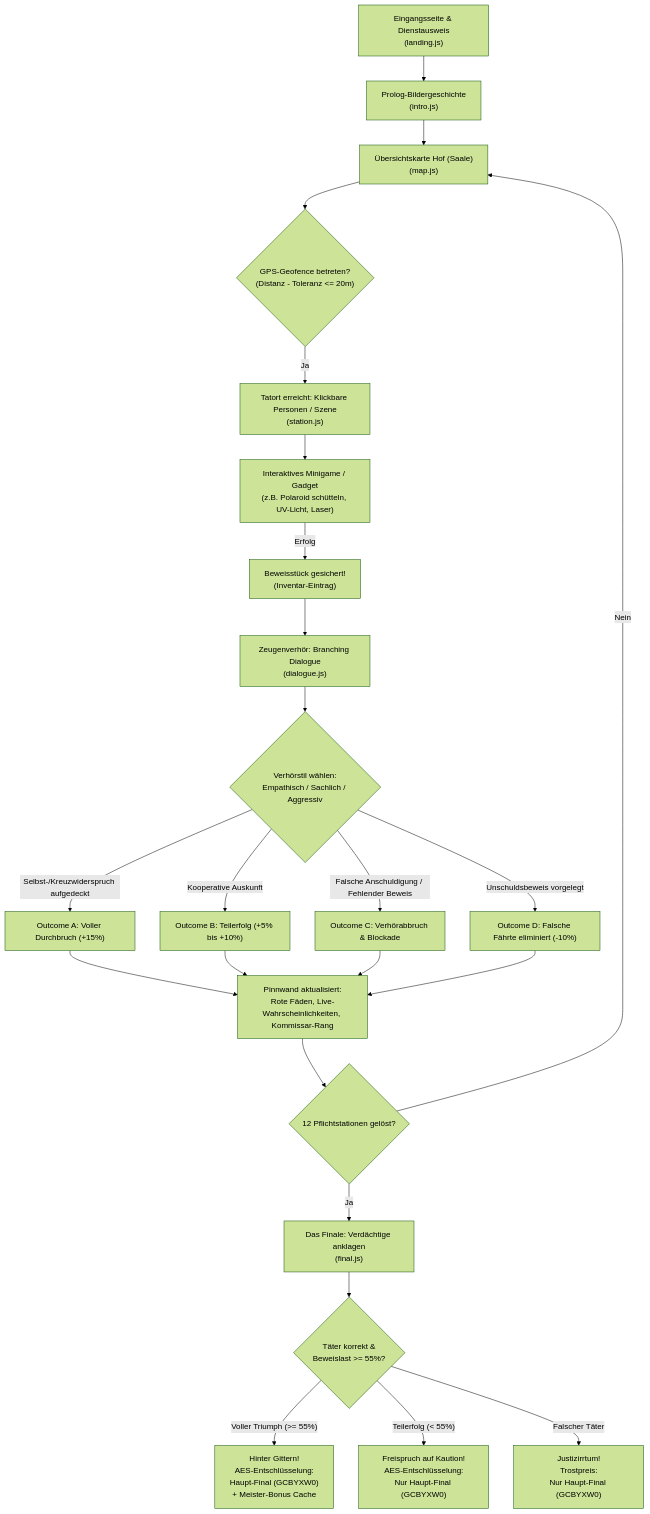
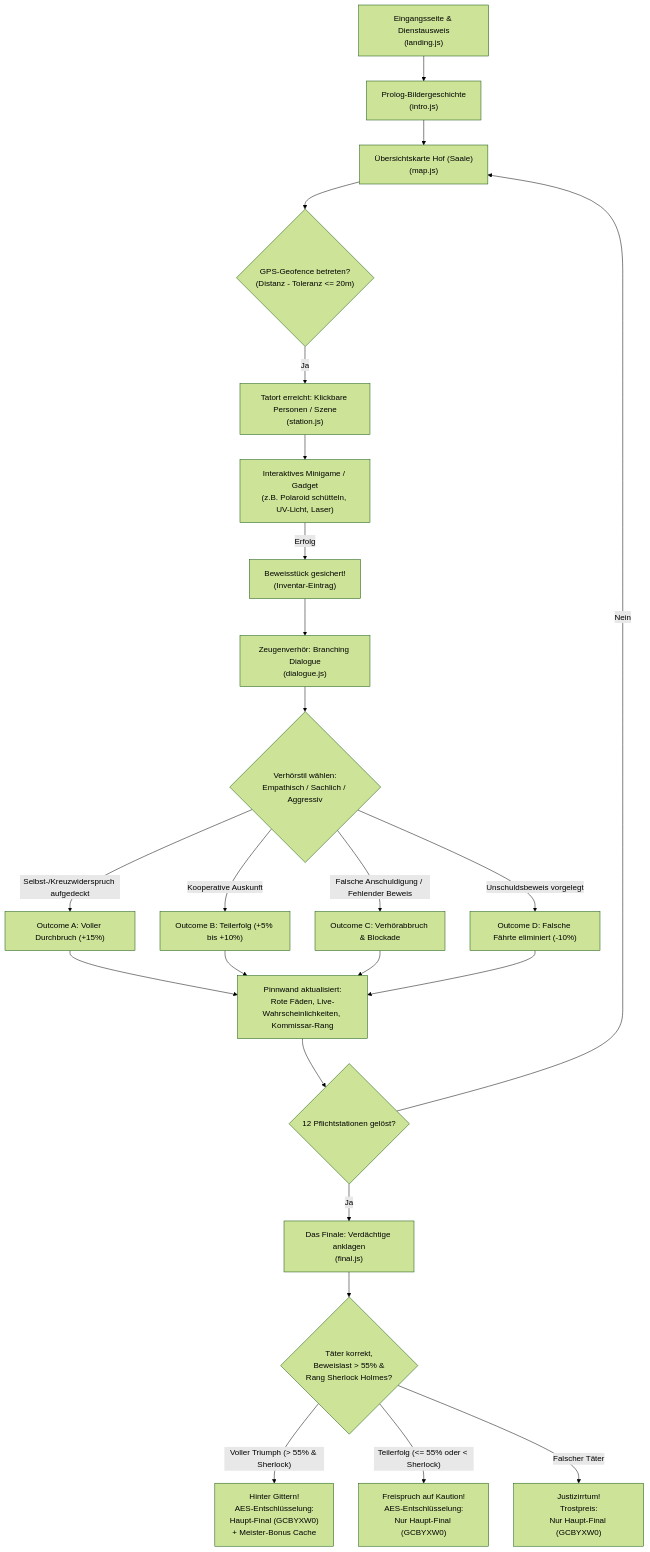
One commit to Versteckules/KrimiHof changed the diagram in KONZEPT.md. Above: the diagram before and after it, drawn with Mermaid (forest theme). The commit also changed other lines of this file and 31 other files, not shown here.

````diff
--- a/KONZEPT.md
+++ b/KONZEPT.md
@@ -40,30 +40,30 @@
 ```mermaid
 flowchart TD
     Start["Eingangsseite & Dienstausweis<br>(landing.js)"] --> Intro["Prolog-Bildergeschichte<br>(intro.js)"]
     Intro --> Map["Übersichtskarte Hof (Saale)<br>(map.js)"]
     
     Map --> Geofence{"GPS-Geofence betreten?<br>(Distanz - Toleranz <= 20m)"}
     Geofence -- "Ja" --> StationArrival["Tatort erreicht: Klickbare Personen / Szene<br>(station.js)"]
     
     StationArrival --> Gadget["Interaktives Minigame / Gadget<br>(z.B. Polaroid schütteln, UV-Licht, Laser)"]
     Gadget -- "Erfolg" --> BeweisSicherung["Beweisstück gesichert!<br>(Inventar-Eintrag)"]
     
     BeweisSicherung --> Interrogation["Zeugenverhör: Branching Dialogue<br>(dialogue.js)"]
     
     Interrogation --> DialogueChoices{"Verhörstil wählen:<br>Empathisch / Sachlich / Aggressiv"}
     DialogueChoices -- "Selbst-/Kreuzwiderspruch aufgedeckt" --> OutcomeA["Outcome A: Voller Durchbruch (+15%)"]
     DialogueChoices -- "Kooperative Auskunft" --> OutcomeB["Outcome B: Teilerfolg (+5% bis +10%)"]
     DialogueChoices -- "Falsche Anschuldigung / Fehlender Beweis" --> OutcomeC["Outcome C: Verhörabbruch & Blockade"]
     DialogueChoices -- "Unschuldsbeweis vorgelegt" --> OutcomeD["Outcome D: Falsche Fährte eliminiert (-10%)"]
     
     OutcomeA & OutcomeB & OutcomeC & OutcomeD --> DossierUpdate["Pinnwand aktualisiert:<br>Rote Fäden, Live-Wahrscheinlichkeiten, Kommissar-Rang"]
     
     DossierUpdate --> CheckSolved{"12 Pflichtstationen gelöst?"}
     CheckSolved -- "Nein" --> Map
     CheckSolved -- "Ja" --> FinalChoice["Das Finale: Verdächtige anklagen<br>(final.js)"]
     
-    FinalChoice --> FinalEvaluation{"Täter korrekt &<br>Beweislast >= 55%?"}
-    FinalEvaluation -- "Voller Triumph (>= 55%)" --> FullWin["Hinter Gittern!<br>AES-Entschlüsselung:<br>Haupt-Final (GCBYXW0)<br>+ Meister-Bonus Cache"]
-    FinalEvaluation -- "Teilerfolg (< 55%)" --> PartialWin["Freispruch auf Kaution!<br>AES-Entschlüsselung:<br>Nur Haupt-Final (GCBYXW0)"]
+    FinalChoice --> FinalEvaluation{"Täter korrekt,<br>Beweislast > 55% &<br>Rang Sherlock Holmes?"}
+    FinalEvaluation -- "Voller Triumph (> 55% & Sherlock)" --> FullWin["Hinter Gittern!<br>AES-Entschlüsselung:<br>Haupt-Final (GCBYXW0)<br>+ Meister-Bonus Cache"]
+    FinalEvaluation -- "Teilerfolg (<= 55% oder < Sherlock)" --> PartialWin["Freispruch auf Kaution!<br>AES-Entschlüsselung:<br>Nur Haupt-Final (GCBYXW0)"]
     FinalEvaluation -- "Falscher Täter" --> Loss["Justizirrtum!<br>Trostpreis:<br>Nur Haupt-Final (GCBYXW0)"]
 ```
````
